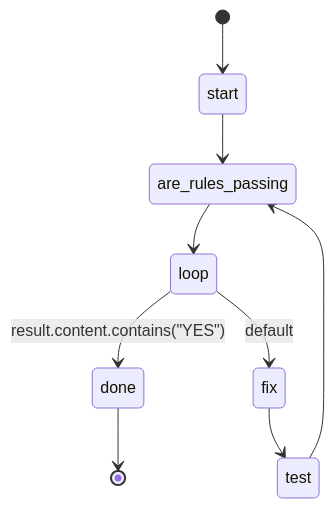
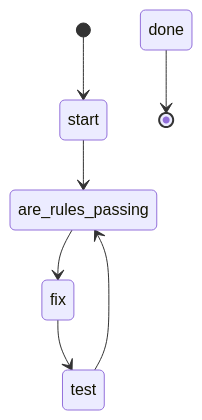
The diagram in builtin/workflows/review.md (swissarmyhammer/swissarmyhammer), drawn with Mermaid before and after one commit. The commit also changed other lines of this file and 2 other files, not shown here.

Commit message:
refactor(workflow): simplify review workflow state machine
- Remove max_errors parameter from are_rules_passing prompt to check all violations
- Simplify review workflow by removing loop state and direct transitions
- Update Cargo.lock with dependency version updates (chrono, wasm-bindgen, js-sys, web-sys)

````diff
--- a/builtin/workflows/review.md
+++ b/builtin/workflows/review.md
@@ -11,11 +11,9 @@
 ```mermaid
 stateDiagram-v2
     [*] --> start
     start --> are_rules_passing
-    are_rules_passing --> loop
-    loop --> done: result.content.contains("YES")
-    loop --> fix: default
+    are_rules_passing --> fix
     fix --> test
     test --> are_rules_passing
     done --> [*]
 ```
````
